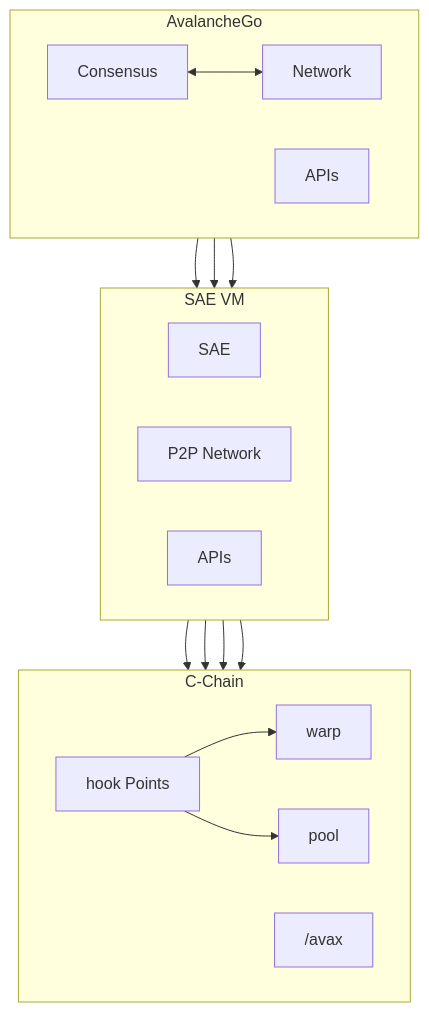
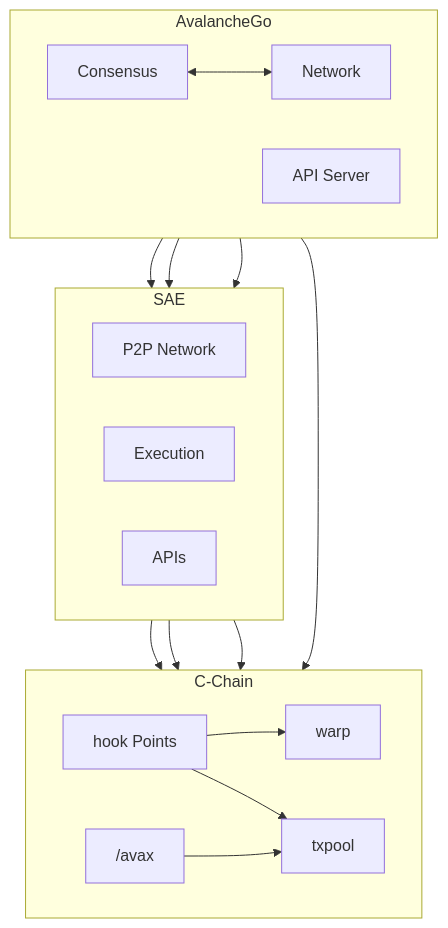
The first of 4 diagrams in vms/saevm/cchain/README.md (ava-labs/avalanchego), drawn with Mermaid before and after one commit. The commit also changed other lines of this file, not shown here.

````diff
--- a/vms/saevm/cchain/README.md
+++ b/vms/saevm/cchain/README.md
@@ -9,37 +9,38 @@
 ```mermaid
 flowchart TB
     subgraph avago["AvalancheGo"]
         direction LR
+        network["Network"]
         consensus["Consensus"]
-        network["Network"]
-        apis_avago["APIs"]
+        apiserver["API Server"]
         consensus <--> network
     end
 
-    subgraph saevm["SAE VM"]
+    subgraph sae["SAE"]
         direction LR
-        sae["SAE"]
         p2pn["P2P Network"]
+        execution["Execution"]
         apis_sae["APIs"]
     end
 
     subgraph cchain["C-Chain"]
         direction LR
         hook["hook Points"]
         warp["warp"]
-        pool["pool"]
+        txpool["txpool"]
         avax["/avax"]
     end
 
-    consensus --> sae
     network --> p2pn
-    apis_avago --> apis_sae
+    consensus --> execution
+    apiserver --> apis_sae
+    apiserver --> avax
 
-    sae --> hook
+    execution --> hook
     p2pn --> warp
-    p2pn --> pool
-    apis_sae --> avax
+    p2pn --> txpool
 
     hook --> warp
-    hook --> pool
+    hook --> txpool
+    avax --> txpool
 ```
````
